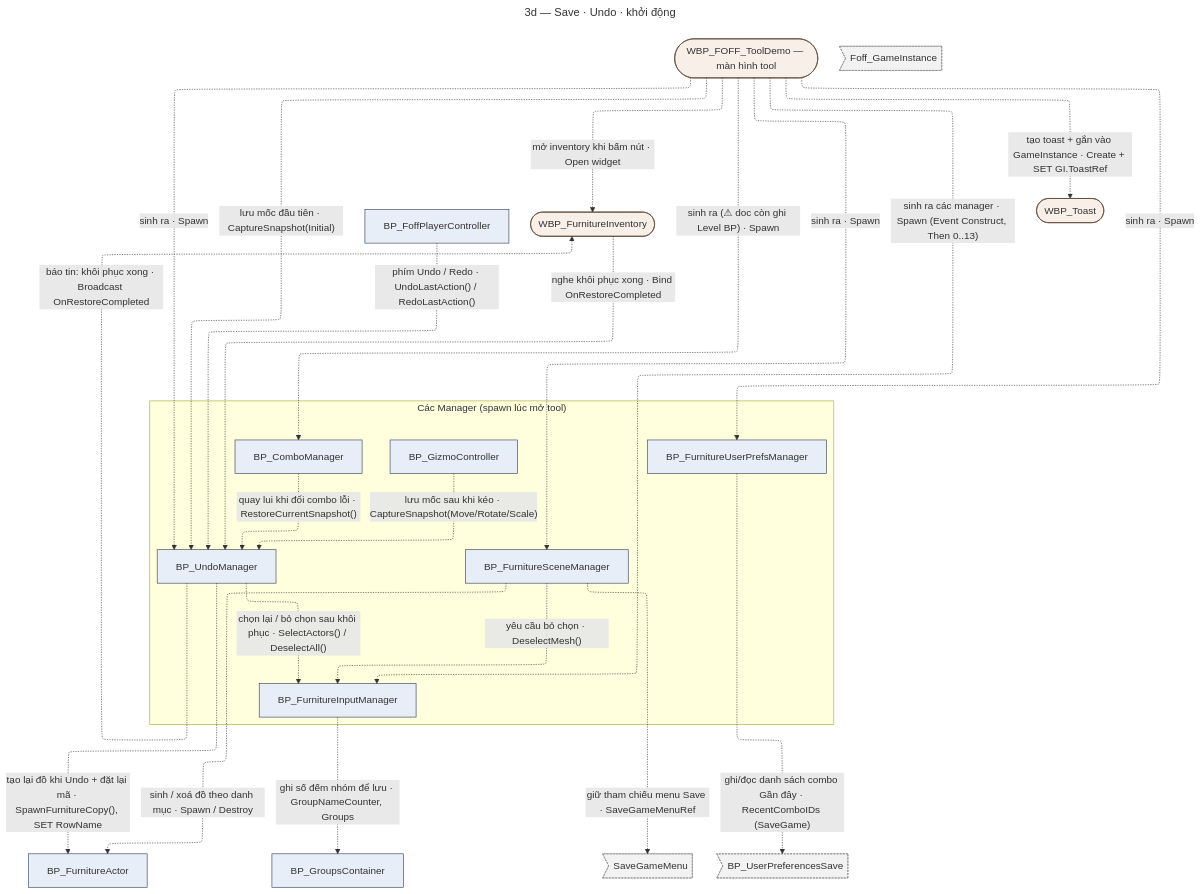
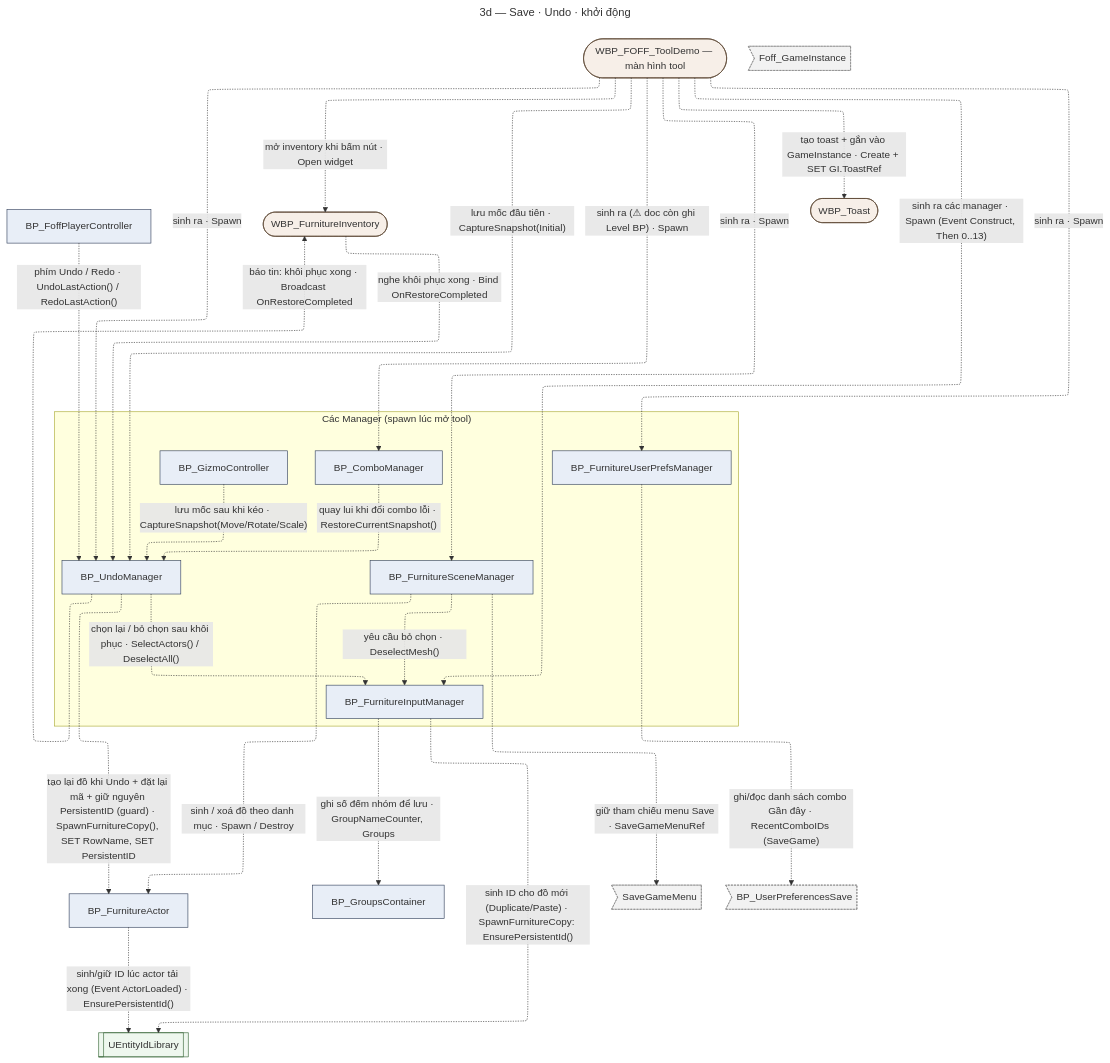
One commit to olivercu04/UE5_InteriorTool_Docs changed the fifth of 6 diagrams in docs/00_Core/Architecture_Map.md. Above: the diagram before and after it, drawn with Mermaid. The commit also changed other lines of this file and 11 other files, not shown here.

````diff
--- a/docs/00_Core/Architecture_Map.md
+++ b/docs/00_Core/Architecture_Map.md
@@ -575,54 +588,59 @@
 ```mermaid
 ---
 title: "3d — Save · Undo · khởi động"
 config:
   flowchart:
     defaultRenderer: elk
 ---
 flowchart TB
   TOOLDEMO(["WBP_FOFF_ToolDemo — màn hình tool"])
   subgraph MGRS["Các Manager (spawn lúc mở tool)"]
     IM["BP_FurnitureInputManager"]
     UNDO["BP_UndoManager"]
     COMBO["BP_ComboManager"]
     SCENE["BP_FurnitureSceneManager"]
     PREFS["BP_FurnitureUserPrefsManager"]
     GIZMO["BP_GizmoController"]
   end
   FA["BP_FurnitureActor"]
+  EIL[["UEntityIdLibrary"]]
   GROUPS["BP_GroupsContainer"]
   PC["BP_FoffPlayerController"]
   INV(["WBP_FurnitureInventory"])
   TOAST(["WBP_Toast"])
   GI>"Foff_GameInstance"]
   SGMENU>"SaveGameMenu"]
   UPS>"BP_UserPreferencesSave"]
 
   TOOLDEMO -.->|"sinh ra các manager · Spawn (Event Construct, Then 0..13)"| IM
   TOOLDEMO -.->|"sinh ra · Spawn"| UNDO
   TOOLDEMO -.->|"sinh ra (⚠ doc còn ghi Level BP) · Spawn"| COMBO
   TOOLDEMO -.->|"sinh ra · Spawn"| SCENE
   TOOLDEMO -.->|"sinh ra · Spawn"| PREFS
   TOOLDEMO -.->|"tạo toast + gắn vào GameInstance · Create + SET GI.ToastRef"| TOAST
   TOOLDEMO -.->|"lưu mốc đầu tiên · CaptureSnapshot(Initial)"| UNDO
   TOOLDEMO -.->|"mở inventory khi bấm nút · Open widget"| INV
-  UNDO -.->|"tạo lại đồ khi Undo + đặt lại mã · SpawnFurnitureCopy(), SET RowName"| FA
+  UNDO -.->|"tạo lại đồ khi Undo + đặt lại mã + giữ nguyên PersistentID (guard) · SpawnFurnitureCopy(), SET RowName, SET PersistentID"| FA
   UNDO -.->|"chọn lại / bỏ chọn sau khôi phục · SelectActors() / DeselectAll()"| IM
+  FA -.->|"sinh/giữ ID lúc actor tải xong (Event ActorLoaded) · EnsurePersistentId()"| EIL
+  IM -.->|"sinh ID cho đồ mới (Duplicate/Paste) · SpawnFurnitureCopy: EnsurePersistentId()"| EIL
   UNDO -.->|"báo tin: khôi phục xong · Broadcast OnRestoreCompleted"| INV
   COMBO -.->|"quay lui khi đổi combo lỗi · RestoreCurrentSnapshot()"| UNDO
   GIZMO -.->|"lưu mốc sau khi kéo · CaptureSnapshot(Move/Rotate/Scale)"| UNDO
   PC -.->|"phím Undo / Redo · UndoLastAction() / RedoLastAction()"| UNDO
   INV -.->|"nghe khôi phục xong · Bind OnRestoreCompleted"| UNDO
   SCENE -.->|"sinh / xoá đồ theo danh mục · Spawn / Destroy"| FA
   SCENE -.->|"giữ tham chiếu menu Save · SaveGameMenuRef"| SGMENU
   SCENE -.->|"yêu cầu bỏ chọn · DeselectMesh()"| IM
   PREFS -.->|"ghi/đọc danh sách combo Gần đây · RecentComboIDs (SaveGame)"| UPS
   IM -.->|"ghi số đếm nhóm để lưu · GroupNameCounter, Groups"| GROUPS
 
   classDef bp fill:#e8eef7,stroke:#33415c;
   classDef wbp fill:#f7efe8,stroke:#5c4633;
   classDef ext fill:#f2f2f2,stroke:#888,stroke-dasharray:3 2;
+  classDef svc fill:#eef7ee,stroke:#356335;
   class IM,UNDO,COMBO,SCENE,PREFS,GIZMO,FA,GROUPS,PC bp;
   class TOOLDEMO,INV,TOAST wbp;
+  class EIL svc;
   class GI,SGMENU,UPS ext;
 ```
````
